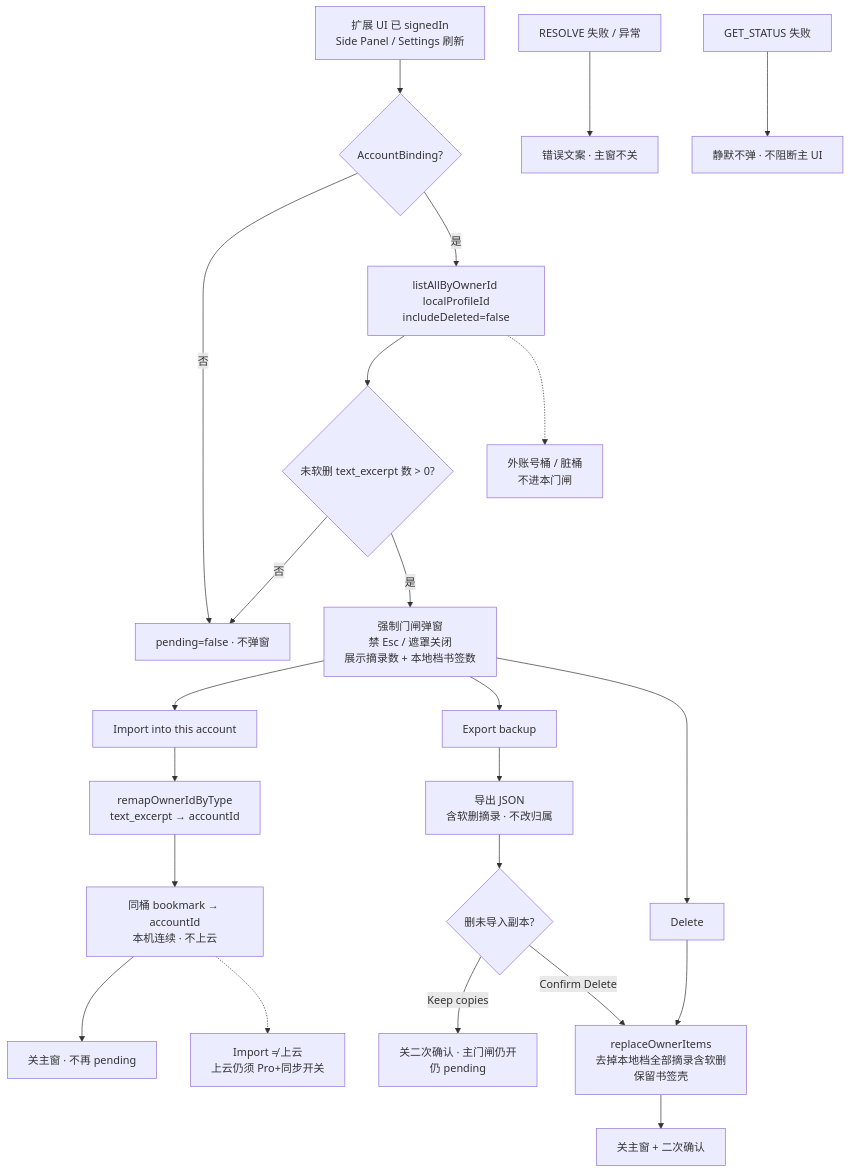
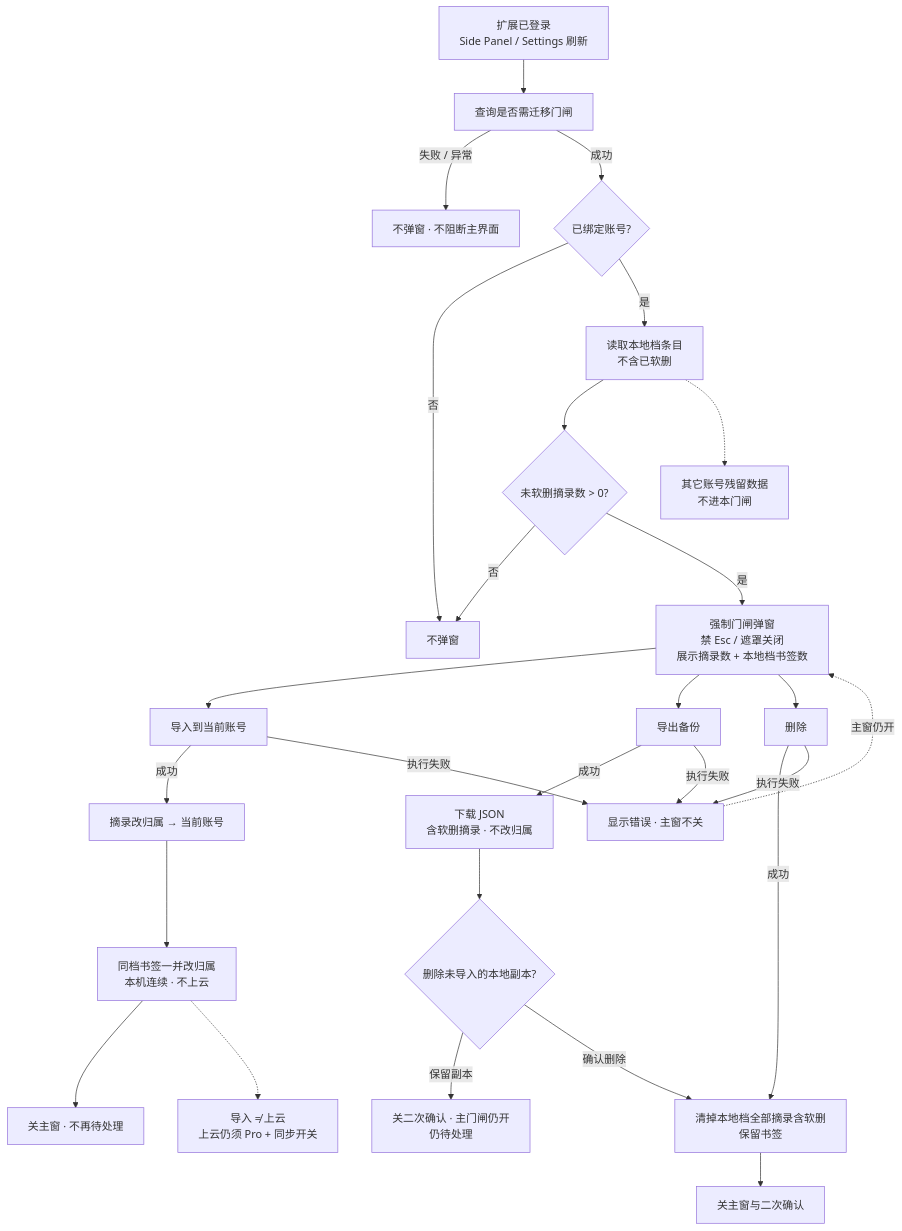
One commit to yiveno/yiveno changed the second of 2 diagrams in docs/AUTH_GUIDE.md. Above: the diagram before and after it, drawn with Mermaid. The commit also changed other lines of this file and 12 other files, not shown here.

First line of the commit message:
docs(diagrams): 登录迁移门闸图与文档用词标准

````diff
--- a/docs/AUTH_GUIDE.md
+++ b/docs/AUTH_GUIDE.md
@@ -246,33 +228,36 @@
 ```mermaid
 flowchart TD
-  Start[扩展 UI 已 signedIn<br/>Side Panel / Settings 刷新] --> Bind{AccountBinding?}
-  Bind -->|否| NoGate[pending=false · 不弹窗]
-  Bind -->|是| Scan[listAllByOwnerId localProfileId<br/>includeDeleted=false]
-  Scan --> Exc{未软删 text_excerpt 数 > 0?}
+  Start[扩展已登录<br/>Side Panel / Settings 刷新] --> StatusCall[查询是否需迁移门闸]
+  StatusCall -->|失败 / 异常| Silent[不弹窗 · 不阻断主界面]
+  StatusCall -->|成功| Bind{已绑定账号?}
+  Bind -->|否| NoGate[不弹窗]
+  Bind -->|是| Scan[读取本地档条目<br/>不含已软删]
+  Scan --> Exc{未软删摘录数 > 0?}
   Exc -->|否| NoGate
   Exc -->|是| Gate[强制门闸弹窗<br/>禁 Esc / 遮罩关闭<br/>展示摘录数 + 本地档书签数]
 
-  Gate --> Imp[Import into this account]
-  Gate --> Exp[Export backup]
-  Gate --> Del[Delete]
+  Gate --> Imp[导入到当前账号]
+  Gate --> Exp[导出备份]
+  Gate --> Del[删除]
 
-  Imp --> RemapE[remapOwnerIdByType<br/>text_excerpt → accountId]
-  RemapE --> RemapB[同桶 bookmark → accountId<br/>本机连续 · 不上云]
-  RemapB --> DoneImp[关主窗 · 不再 pending]
+  Imp -->|成功| RemapE[摘录改归属 → 当前账号]
+  Imp -->|执行失败| Err[显示错误 · 主窗不关]
+  RemapE --> RemapB[同档书签一并改归属<br/>本机连续 · 不上云]
+  RemapB --> DoneImp[关主窗 · 不再待处理]
 
-  Exp --> Dump[导出 JSON<br/>含软删摘录 · 不改归属]
-  Dump --> Ask{删未导入副本?}
-  Ask -->|Keep copies| Stay[关二次确认 · 主门闸仍开<br/>仍 pending]
-  Ask -->|Confirm Delete| DelPath
+  Exp -->|成功| Dump[下载 JSON<br/>含软删摘录 · 不改归属]
+  Exp -->|执行失败| Err
+  Dump --> Ask{删除未导入的本地副本?}
+  Ask -->|保留副本| Stay[关二次确认 · 主门闸仍开<br/>仍待处理]
+  Ask -->|确认删除| DelPath
 
-  Del --> DelPath[replaceOwnerItems<br/>去掉本地档全部摘录含软删<br/>保留书签壳]
-  DelPath --> DoneDel[关主窗 + 二次确认]
+  Del -->|成功| DelPath[清掉本地档全部摘录含软删<br/>保留书签]
+  Del -->|执行失败| Err
+  DelPath --> DoneDel[关主窗与二次确认]
+  Err -.->|主窗仍开| Gate
 
-  Fail[RESOLVE 失败 / 异常] --> Err[错误文案 · 主窗不关]
-  StatusFail[GET_STATUS 失败] --> Silent[静默不弹 · 不阻断主 UI]
-
-  NoteOrphan[外账号桶 / 脏桶<br/>不进本门闸]
+  NoteOrphan[其它账号残留数据<br/>不进本门闸]
   Scan -.-> NoteOrphan
-  NoteCloud[Import ≠ 上云<br/>上云仍须 Pro+同步开关]
+  NoteCloud[导入 ≠ 上云<br/>上云仍须 Pro + 同步开关]
   RemapB -.-> NoteCloud
 ```
````
